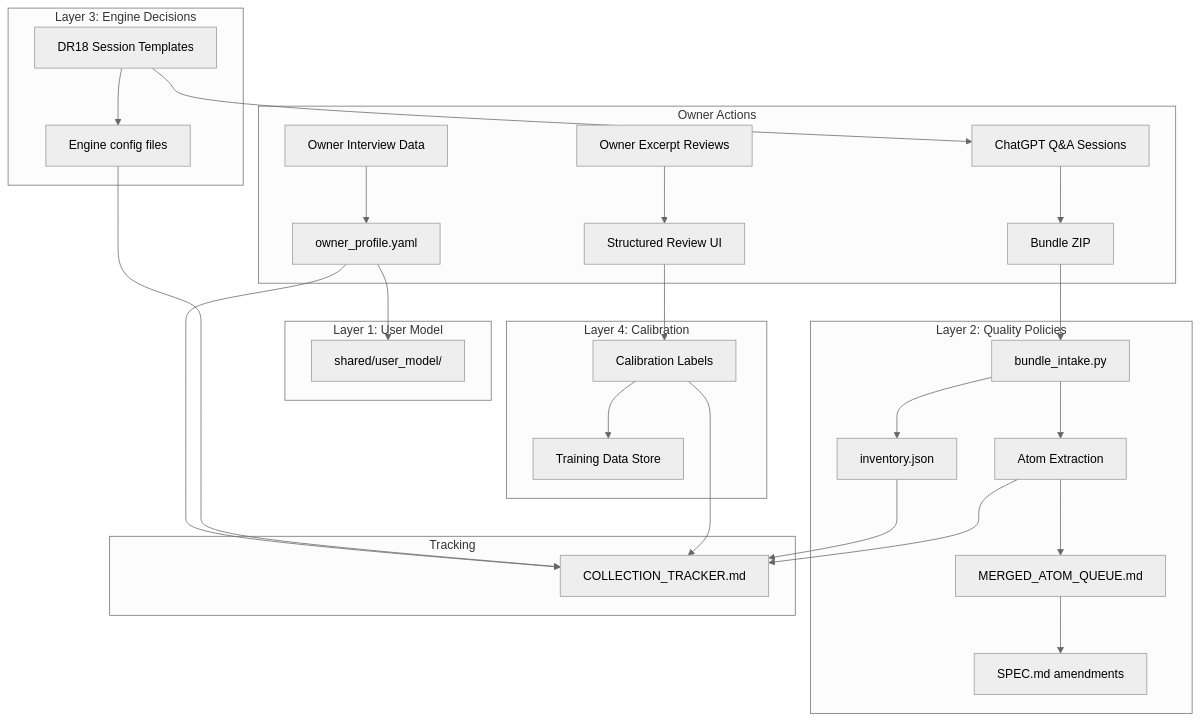
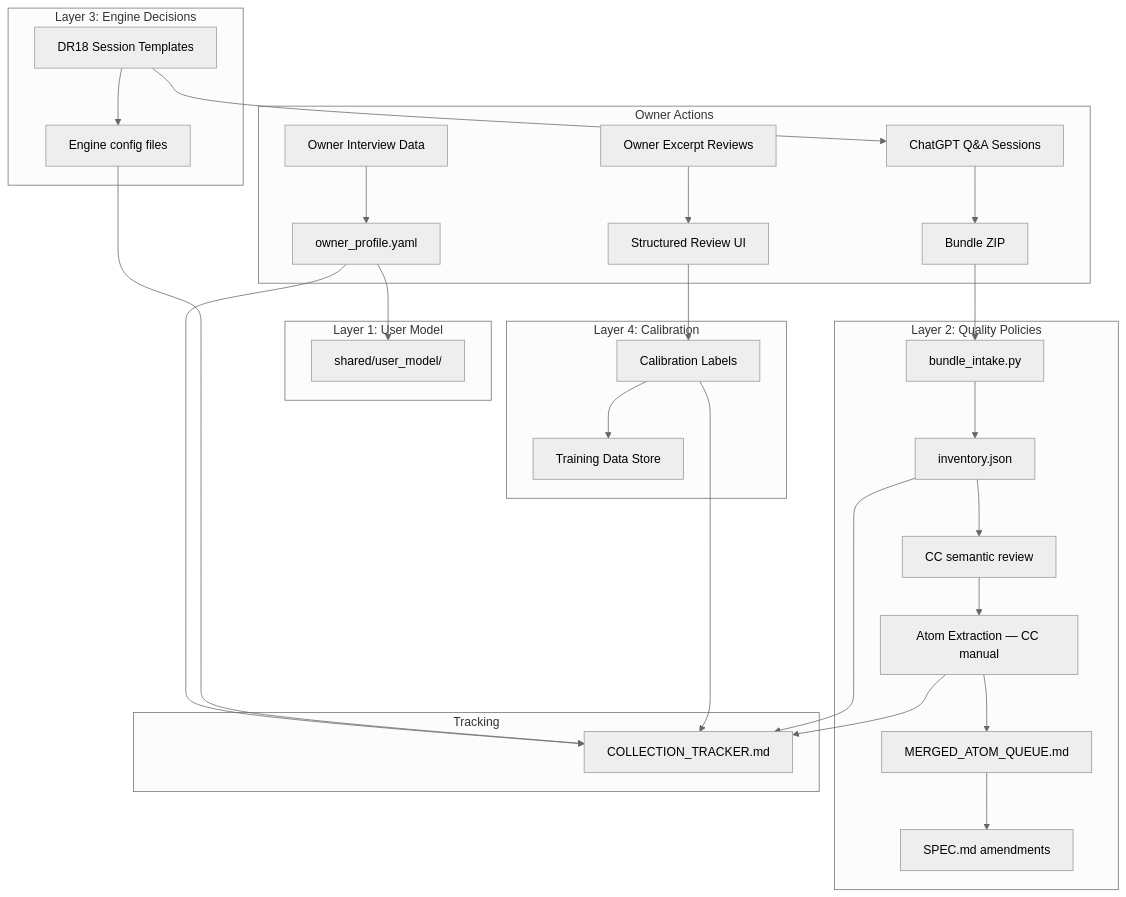
Before and after one commit to rayanino/kr: the diagram in docs/plans/2026-04-07-001-feat-feedback-collection-system-plan.md, drawn with Mermaid (neutral theme). The commit also changed other lines of this file and 2 other files, not shown here.

First line of the commit message:
fix(excerpting): Codex CLI review — 13 findings resolved (S1-010 downgrade, M.4 rebuild, Unit 7 gated)

````diff
--- a/docs/plans/2026-04-07-001-feat-feedback-collection-system-plan.md
+++ b/docs/plans/2026-04-07-001-feat-feedback-collection-system-plan.md
@@ -150,40 +151,41 @@
 ```mermaid
 flowchart TB
     subgraph "Owner Actions"
         OI[Owner Interview Data] --> L1
         CQ[ChatGPT Q&A Sessions] --> ZIP[Bundle ZIP]
         OR[Owner Excerpt Reviews] --> L4
     end
 
     subgraph "Layer 1: User Model"
         L1[owner_profile.yaml] --> UM[shared/user_model/]
     end
 
     subgraph "Layer 2: Quality Policies"
         ZIP --> INTAKE[bundle_intake.py]
         INTAKE --> INV[inventory.json]
-        INTAKE --> ATOMS[Atom Extraction]
+        INV --> CC_REVIEW[CC semantic review]
+        CC_REVIEW --> ATOMS[Atom Extraction — CC manual]
         ATOMS --> MAQ[MERGED_ATOM_QUEUE.md]
         MAQ --> SPEC[SPEC.md amendments]
     end
 
     subgraph "Layer 3: Engine Decisions"
         DRS[DR18 Session Templates] --> CQ
         DRS --> ECONF[Engine config files]
     end
 
     subgraph "Layer 4: Calibration"
         L4[Structured Review UI] --> LABELS[Calibration Labels]
         LABELS --> TRAIN[Training Data Store]
     end
 
     subgraph "Tracking"
         TRACKER[COLLECTION_TRACKER.md]
     end
 
     INV --> TRACKER
     ATOMS --> TRACKER
     L1 --> TRACKER
     ECONF --> TRACKER
     LABELS --> TRACKER
 ```
````
